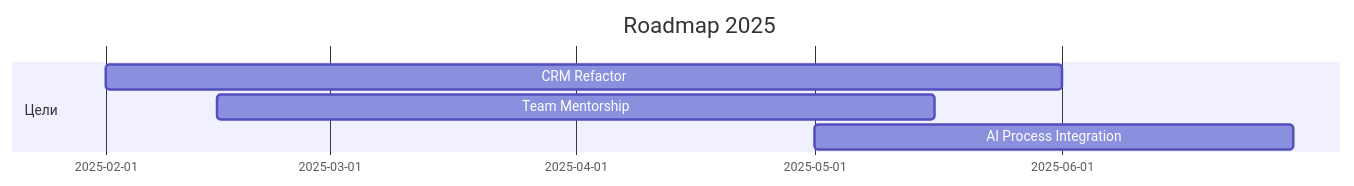
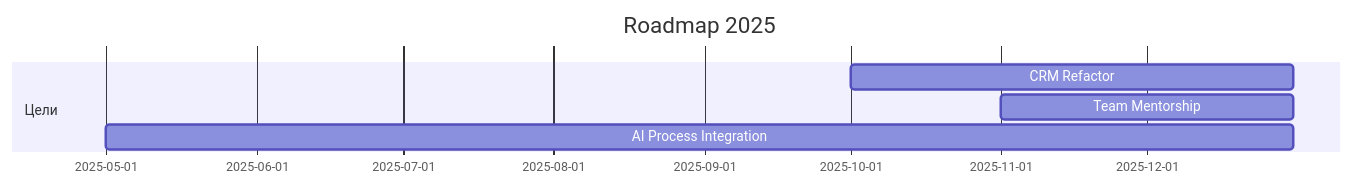
The fourth of 4 diagrams in README.md (liperri/performance-review), drawn with Mermaid before and after one commit.

Commit message:
Update roadmap dates in README.md

````diff
--- a/README.md
+++ b/README.md
@@ -87,9 +87,9 @@
 ```mermaid
 gantt
     dateFormat  YYYY-MM-DD
     title Roadmap 2025
     section Цели
-    CRM Refactor :a1, 2025-02-01, 120d
-    Team Mentorship :a2, 2025-02-15, 90d
-    AI Process Integration :a3, 2025-05-01, 60d
+    CRM Refactor :a1, 2025-10-01, 2025-12-31
+    Team Mentorship :a2, 2025-11-01, 2025-12-31
+    AI Process Integration :a3, 2025-05-01, 2025-12-31
 ```
````
